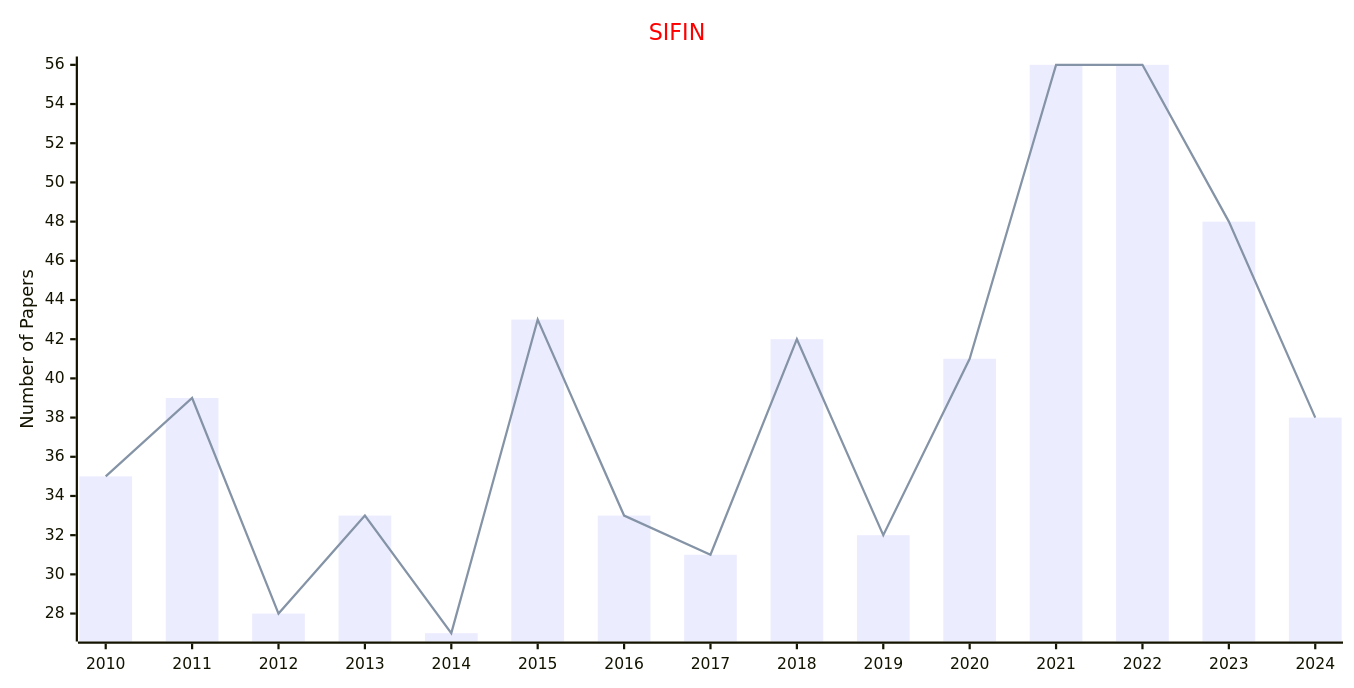
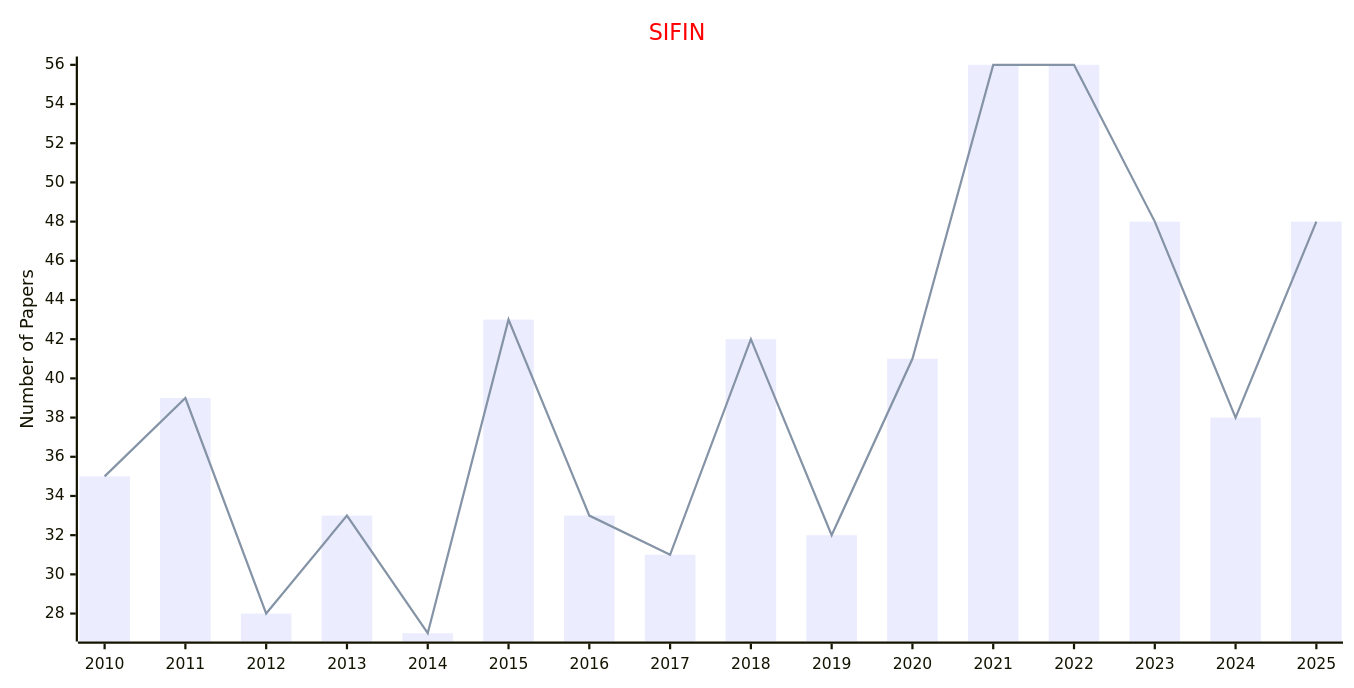
One commit to Easy-PhD/AILinks changed the diagram in docs/data/Journals/Statistics_Journals/Financial_Mathematics.md. Above: the diagram before and after it, drawn with Mermaid. The commit also changed 93 other files, not shown here.

````diff
--- a/docs/data/Journals/Statistics_Journals/Financial_Mathematics.md
+++ b/docs/data/Journals/Statistics_Journals/Financial_Mathematics.md
@@ -9,17 +9,17 @@
 ```mermaid
 ---
 config:
     xyChart:
         width: 1200
         height: 600
     themeVariables:
         xyChart:
             titleColor: "#ff0000"
 ---
 xychart-beta
     title "SIFIN"
-    x-axis [2010, 2011, 2012, 2013, 2014, 2015, 2016, 2017, 2018, 2019, 2020, 2021, 2022, 2023, 2024]
+    x-axis [2010, 2011, 2012, 2013, 2014, 2015, 2016, 2017, 2018, 2019, 2020, 2021, 2022, 2023, 2024, 2025]
     y-axis "Number of Papers"
-    bar [35, 39, 28, 33, 27, 43, 33, 31, 42, 32, 41, 56, 56, 48, 38]
-    line [35, 39, 28, 33, 27, 43, 33, 31, 42, 32, 41, 56, 56, 48, 38]
+    bar [35, 39, 28, 33, 27, 43, 33, 31, 42, 32, 41, 56, 56, 48, 38, 48]
+    line [35, 39, 28, 33, 27, 43, 33, 31, 42, 32, 41, 56, 56, 48, 38, 48]
 ```
````
